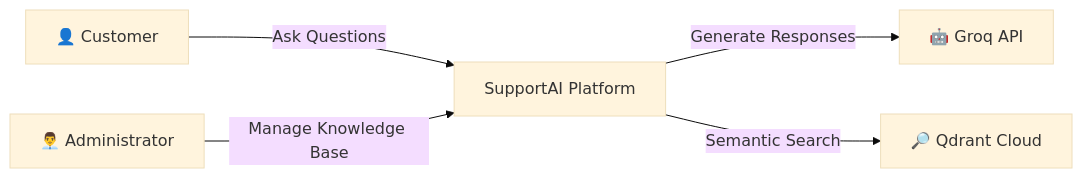
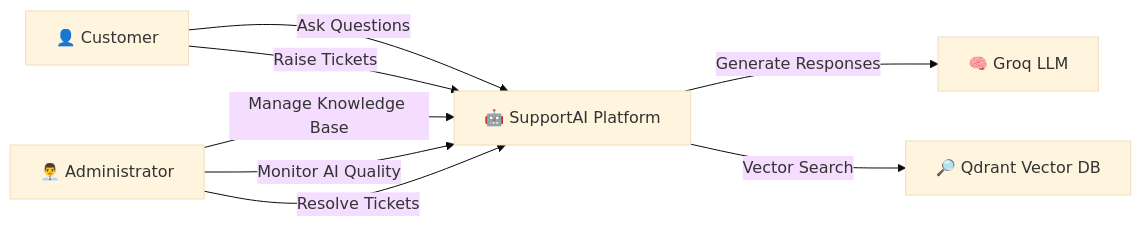
One commit to Prithunandananks/SupportAI changed the first of 30 diagrams in support_ai_project_architecture.md. Above: the diagram before and after it, drawn with Mermaid (base theme). The commit also changed other lines of this file, not shown here.

````diff
--- a/support_ai_project_architecture.md
+++ b/support_ai_project_architecture.md
@@ -164,17 +589,27 @@
 ```mermaid
 flowchart LR
 
 Customer["👤 Customer"]
+
 Admin["👨‍💼 Administrator"]
 
-SupportAI["SupportAI Platform"]
+SupportAI["🤖 SupportAI Platform"]
 
-Groq["🤖 Groq API"]
-Qdrant["🔎 Qdrant Cloud"]
+Groq["🧠 Groq LLM"]
+
+Qdrant["🔎 Qdrant Vector DB"]
 
 Customer -->|"Ask Questions"| SupportAI
+
+Customer -->|"Raise Tickets"| SupportAI
+
 Admin -->|"Manage Knowledge Base"| SupportAI
 
+Admin -->|"Monitor AI Quality"| SupportAI
+
+Admin -->|"Resolve Tickets"| SupportAI
+
 SupportAI -->|"Generate Responses"| Groq
-SupportAI -->|"Semantic Search"| Qdrant
+
+SupportAI -->|"Vector Search"| Qdrant
 ```
````
